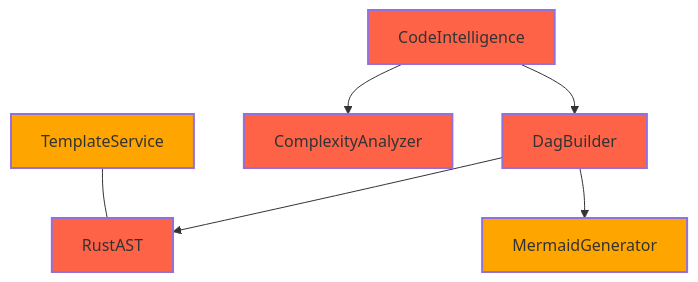
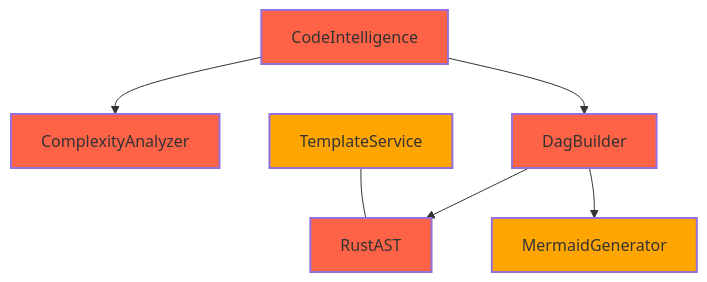
The fourth of 4 diagrams in artifacts/mermaid/README.md (paiml/paiml-mcp-agent-toolkit), drawn with Mermaid before and after one commit. The commit also changed other lines of this file and 37 other files, not shown here.

````diff
--- a/artifacts/mermaid/README.md
+++ b/artifacts/mermaid/README.md
@@ -111,22 +111,22 @@
 ```mermaid
 graph TD
+    code_intelligence[CodeIntelligence]
+    complexity[ComplexityAnalyzer]
+    dag_builder[DagBuilder]
     ast_rust[RustAST]
-    dag_builder[DagBuilder]
-    code_intelligence[CodeIntelligence]
+    template_service[TemplateService]
     mermaid_generator[MermaidGenerator]
-    complexity[ComplexityAnalyzer]
-    template_service[TemplateService]
 
     code_intelligence --> dag_builder
     dag_builder --> ast_rust
     dag_builder --> mermaid_generator
     code_intelligence --> complexity
     template_service --- ast_rust
 
+    style code_intelligence fill:#FF6347,stroke-width:2px
+    style complexity fill:#FF6347,stroke-width:2px
+    style dag_builder fill:#FF6347,stroke-width:2px
     style ast_rust fill:#FF6347,stroke-width:2px
-    style dag_builder fill:#FF6347,stroke-width:2px
-    style code_intelligence fill:#FF6347,stroke-width:2px
+    style template_service fill:#FFA500,stroke-width:2px
     style mermaid_generator fill:#FFA500,stroke-width:2px
-    style complexity fill:#FF6347,stroke-width:2px
-    style template_service fill:#FFA500,stroke-width:2px
 ```
````
